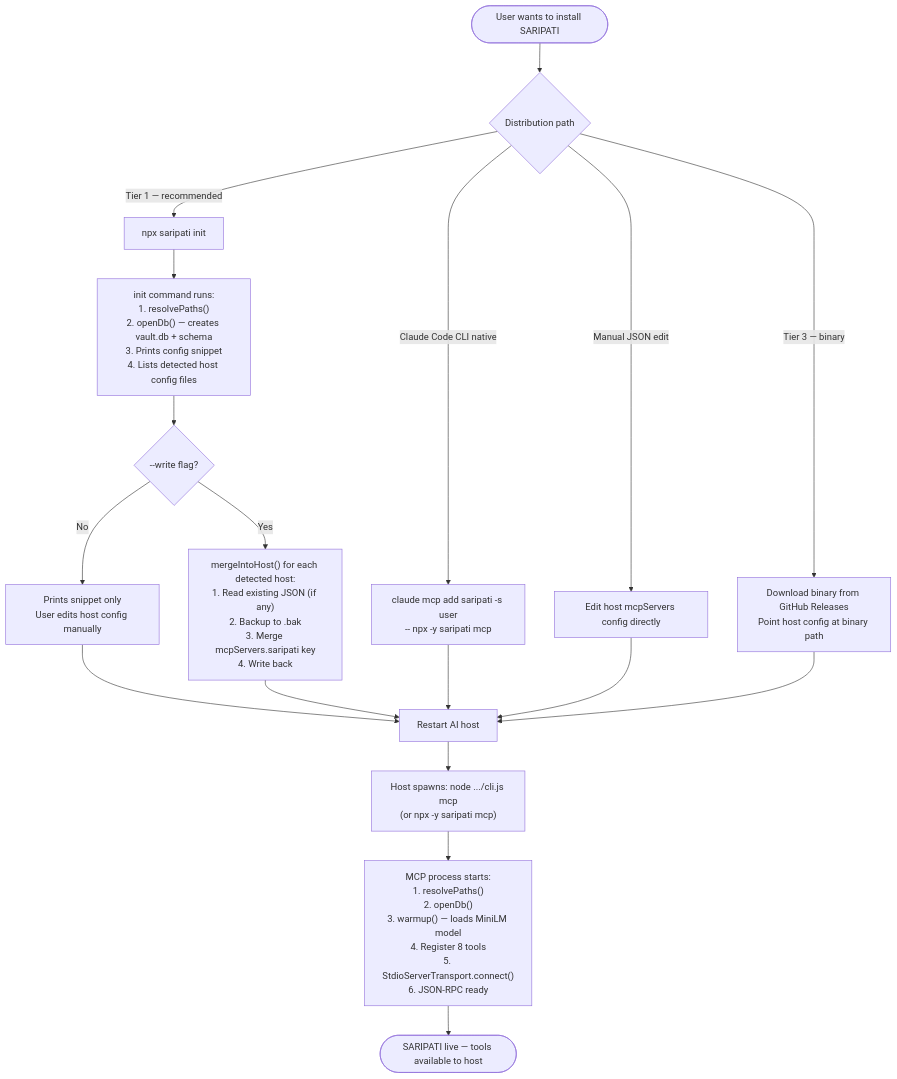
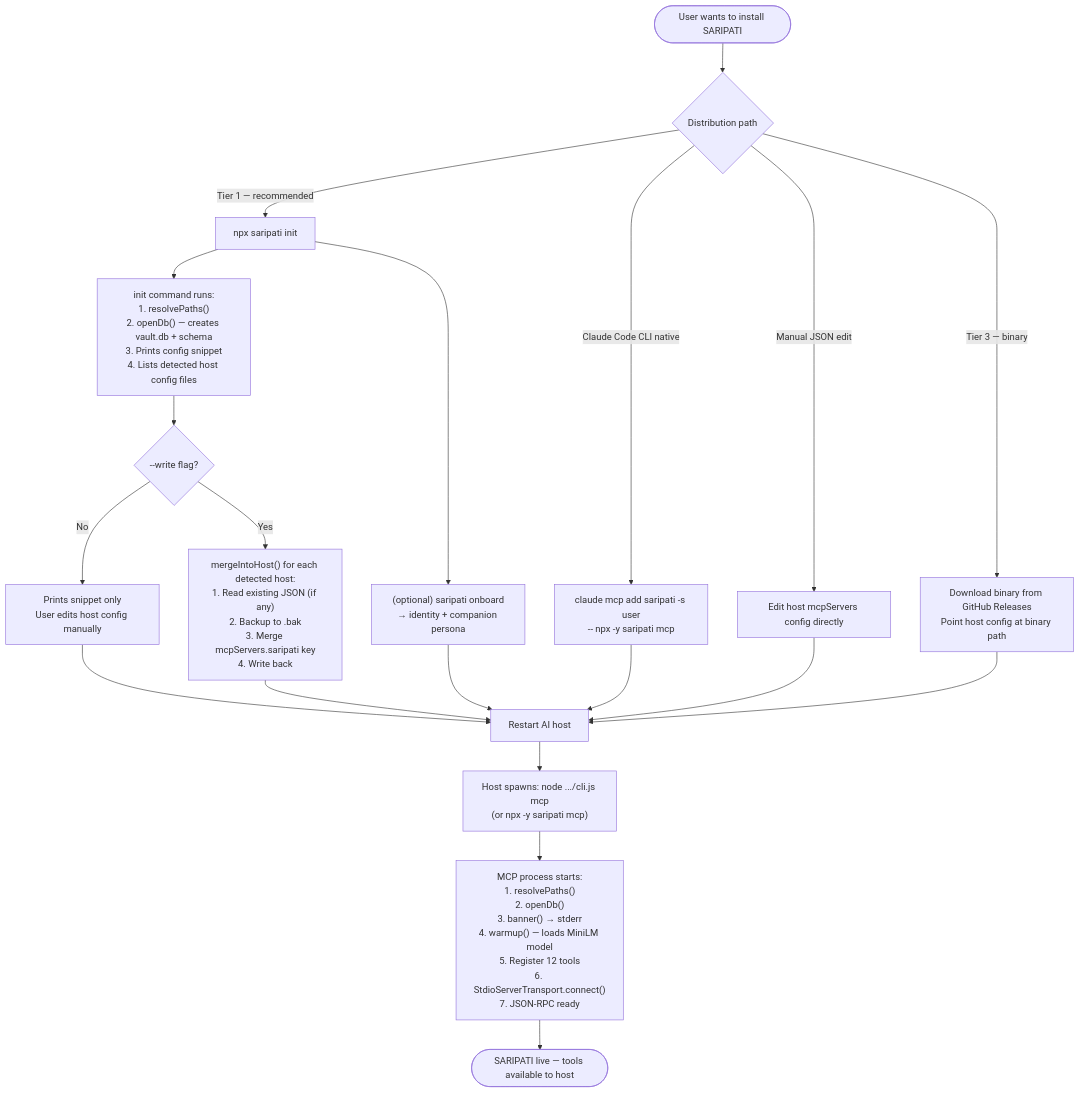
The first of 10 diagrams in docs/lifecycle.md (kyouscireul/saripati), drawn with Mermaid before and after one commit. The commit also changed other lines of this file and 26 other files, not shown here.

````diff
--- a/docs/lifecycle.md
+++ b/docs/lifecycle.md
@@ -5,23 +5,25 @@
 ```mermaid
 flowchart TD
     A([User wants to install SARIPATI]) --> B{Distribution path}
 
     B -->|Tier 1 — recommended| C["npx saripati init"]
     B -->|Claude Code CLI native| D["claude mcp add saripati -s user\n-- npx -y saripati mcp"]
     B -->|Manual JSON edit| E["Edit host mcpServers config directly"]
     B -->|Tier 3 — binary| F["Download binary from GitHub Releases\nPoint host config at binary path"]
 
     C --> G["init command runs:\n1. resolvePaths()\n2. openDb() — creates vault.db + schema\n3. Prints config snippet\n4. Lists detected host config files"]
     G --> H{--write flag?}
     H -->|No| I["Prints snippet only\nUser edits host config manually"]
     H -->|Yes| J["mergeIntoHost() for each detected host:\n1. Read existing JSON (if any)\n2. Backup to .bak\n3. Merge mcpServers.saripati key\n4. Write back"]
     I --> K[Restart AI host]
     J --> K
     D --> K
     E --> K
     F --> K
 
+    C --> C2["(optional) saripati onboard\n→ identity + companion persona"]
+    C2 --> K
     K --> L["Host spawns: node .../cli.js mcp\n(or npx -y saripati mcp)"]
-    L --> M["MCP process starts:\n1. resolvePaths()\n2. openDb()\n3. warmup() — loads MiniLM model\n4. Register 8 tools\n5. StdioServerTransport.connect()\n6. JSON-RPC ready"]
+    L --> M["MCP process starts:\n1. resolvePaths()\n2. openDb()\n3. banner() → stderr\n4. warmup() — loads MiniLM model\n5. Register 12 tools\n6. StdioServerTransport.connect()\n7. JSON-RPC ready"]
     M --> N([SARIPATI live — tools available to host])
 ```
````
